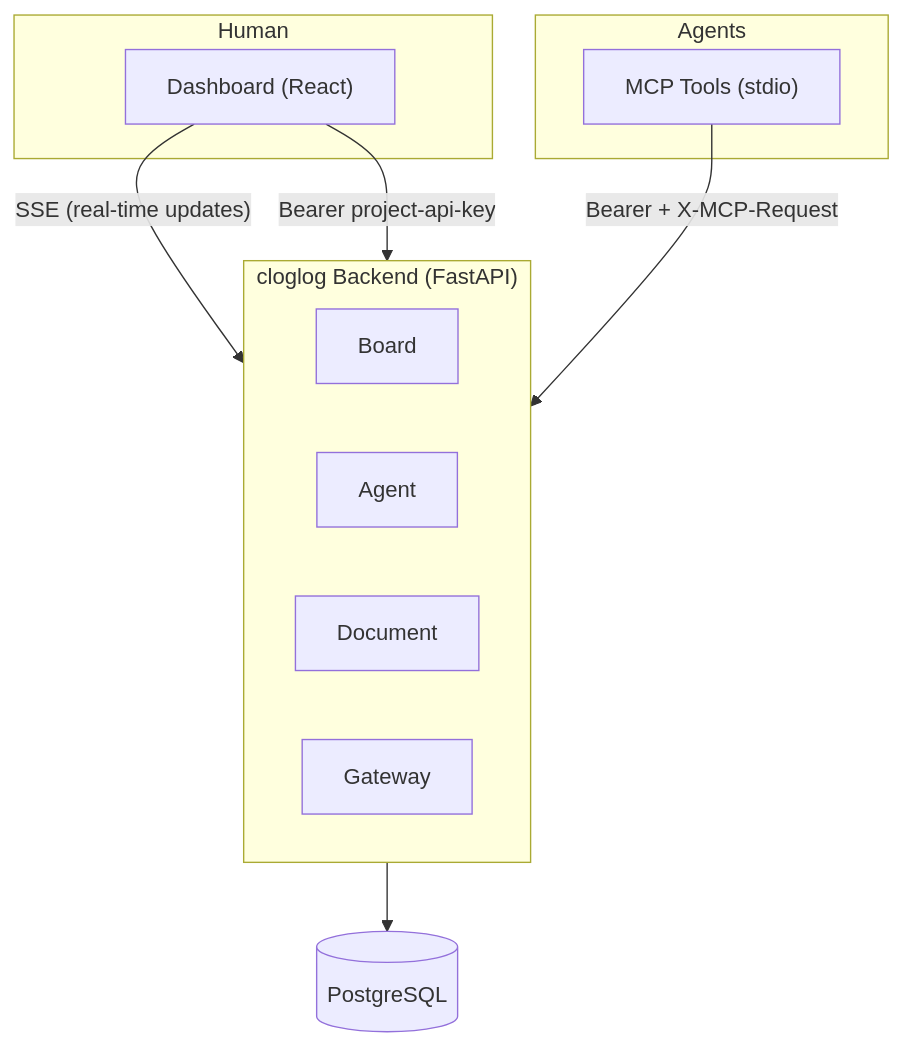
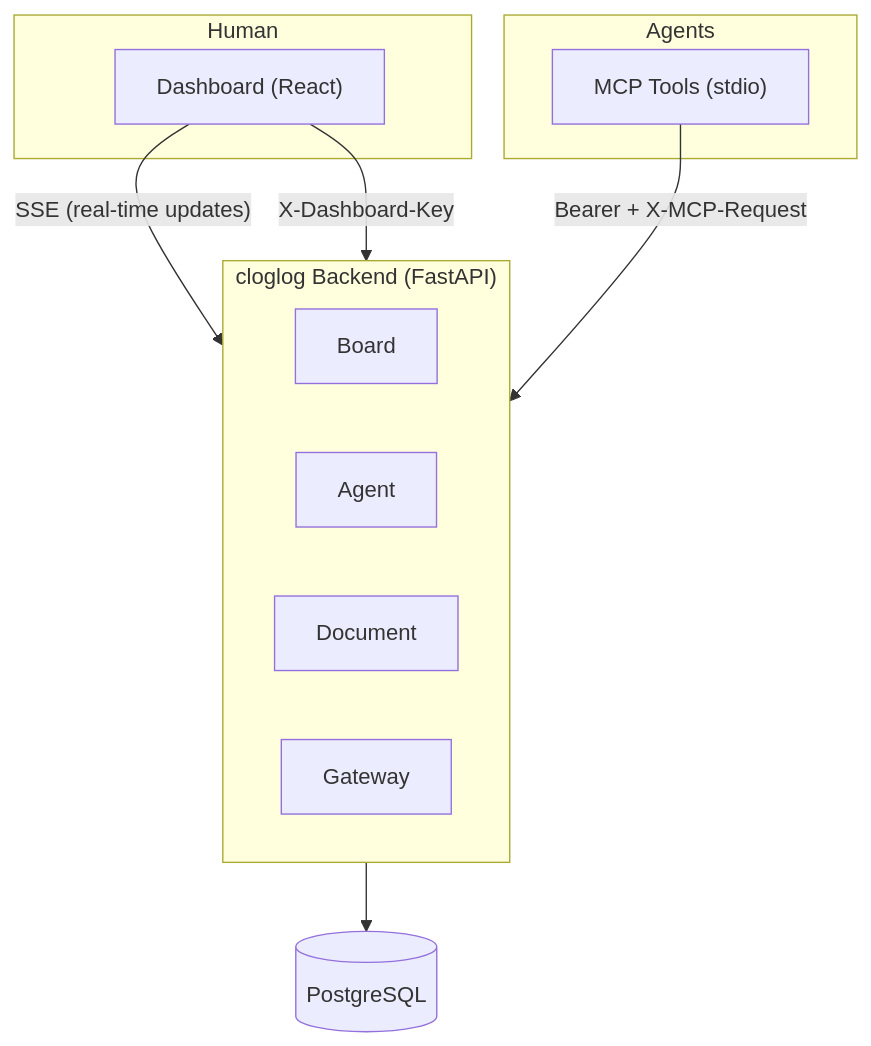
One commit to sachinkundu/cloglog changed the first of 12 diagrams in docs/design.md. Above: the diagram before and after it, drawn with Mermaid. The commit also changed other lines of this file, not shown here.

````diff
--- a/docs/design.md
+++ b/docs/design.md
@@ -15,23 +15,23 @@
 ```mermaid
 graph TB
     subgraph Human
         Dashboard["Dashboard (React)"]
     end
 
     subgraph Agents
         MCP["MCP Tools (stdio)"]
     end
 
     Dashboard -- "SSE (real-time updates)" --> Backend
-    Dashboard -- "Bearer project-api-key" --> Backend
+    Dashboard -- "X-Dashboard-Key" --> Backend
     MCP -- "Bearer + X-MCP-Request" --> Backend
 
     subgraph Backend["cloglog Backend (FastAPI)"]
         Board
         Agent
         Document
         Gateway
     end
 
     Backend --> DB[(PostgreSQL)]
 ```
````
